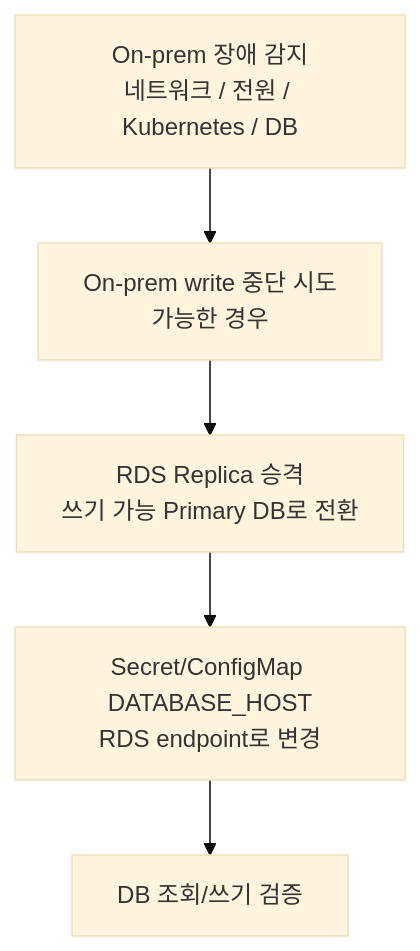
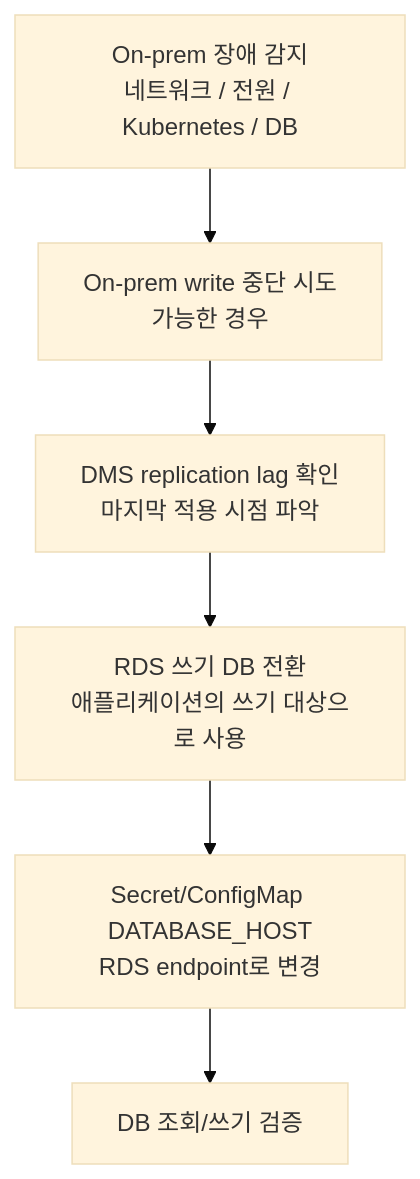
One commit to KOSA-Team-Snow/Docs changed the third of 8 diagrams in database-backup-monitoring/데이터베이스-백업-모니터링-구조-설계도.md. Above: the diagram before and after it, drawn with Mermaid (base theme). The commit also changed other lines of this file, not shown here.

````diff
--- a/database-backup-monitoring/데이터베이스-백업-모니터링-구조-설계도.md
+++ b/database-backup-monitoring/데이터베이스-백업-모니터링-구조-설계도.md
@@ -120,13 +122,15 @@
 ```mermaid
 flowchart TB
     fail[On-prem 장애 감지<br/>네트워크 / 전원 / Kubernetes / DB]
     freeze[On-prem write 중단 시도<br/>가능한 경우]
-    promote[RDS Replica 승격<br/>쓰기 가능 Primary DB로 전환]
+    lag[DMS replication lag 확인<br/>마지막 적용 시점 파악]
+    promote[RDS 쓰기 DB 전환<br/>애플리케이션의 쓰기 대상으로 사용]
     switch[Secret/ConfigMap DATABASE_HOST<br/>RDS endpoint로 변경]
     verify[DB 조회/쓰기 검증]
 
     fail --> freeze
-    freeze --> promote
+    freeze --> lag
+    lag --> promote
     promote --> switch
     switch --> verify
 ```
````
